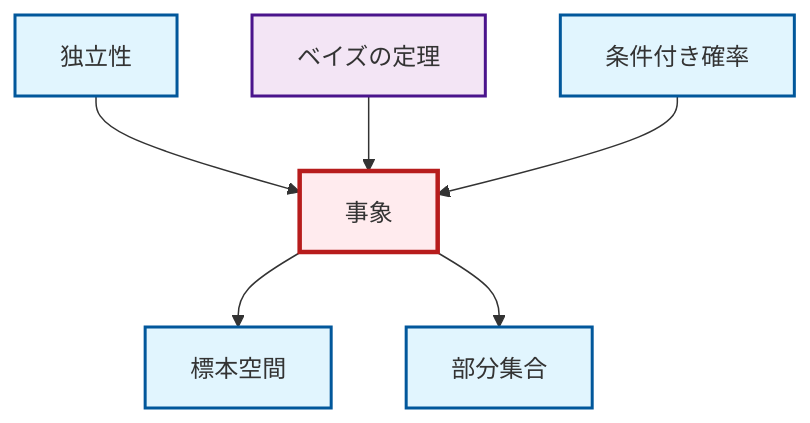
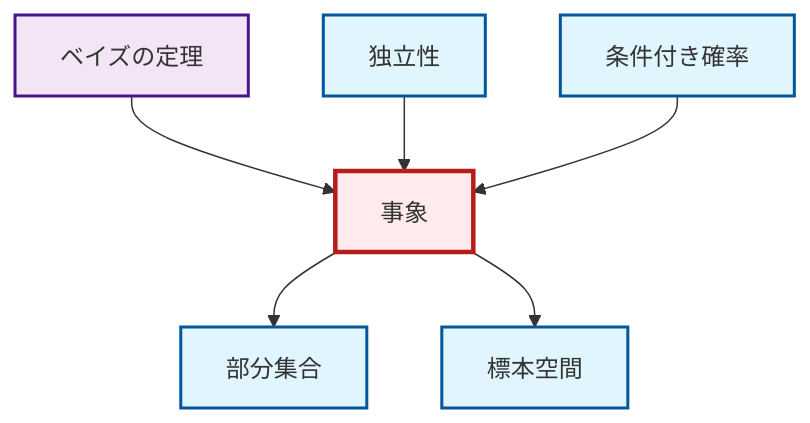
Before and after one commit to RK0429/ModernMath: the diagram in output/mermaid/ja/def-event.mermaid, drawn with Mermaid. The commit also changed other lines of this file and 3094 other files, not shown here.

```diff
--- a/output/mermaid/ja/def-event.mermaid
+++ b/output/mermaid/ja/def-event.mermaid
@@ -1,18 +1,18 @@
 graph TD
     classDef definition fill:#e1f5fe,stroke:#01579b,stroke-width:2px
     classDef theorem fill:#f3e5f5,stroke:#4a148c,stroke-width:2px
     classDef axiom fill:#fff3e0,stroke:#e65100,stroke-width:2px
     classDef example fill:#e8f5e9,stroke:#1b5e20,stroke-width:2px
     classDef current fill:#ffebee,stroke:#b71c1c,stroke-width:3px
     def-event["事象"]:::definition
+    def-sample-space["標本空間"]:::definition
+    thm-bayes["ベイズの定理"]:::theorem
     def-conditional-probability["条件付き確率"]:::definition
-    thm-bayes["ベイズの定理"]:::theorem
-    def-sample-space["標本空間"]:::definition
+    def-independence["独立性"]:::definition
     def-subset["部分集合"]:::definition
-    def-independence["独立性"]:::definition
+    def-event --> def-subset
+    thm-bayes --> def-event
+    def-independence --> def-event
+    def-conditional-probability --> def-event
     def-event --> def-sample-space
-    def-independence --> def-event
-    thm-bayes --> def-event
-    def-event --> def-subset
-    def-conditional-probability --> def-event
     class def-event current
```
